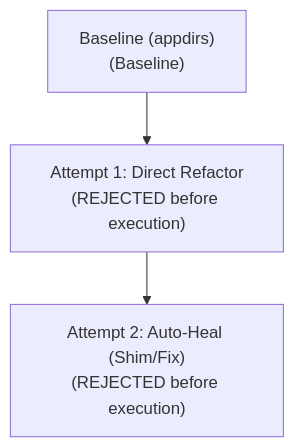
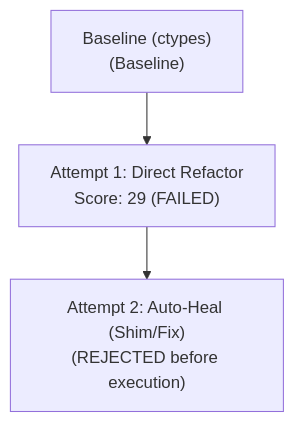
Before and after one commit to Aarya-2601/H26_Heckers_Kavach: the diagram in CAPSULE.md, drawn with Mermaid. The commit also changed other lines of this file and 10 other files, not shown here.

````diff
--- a/CAPSULE.md
+++ b/CAPSULE.md
@@ -16,10 +16,10 @@
 ```mermaid
 graph TD
-    node_0["Baseline (appdirs)<br/>(Baseline)"]
-    node_1["Attempt 1: Direct Refactor<br/>(REJECTED before execution)"]
+    node_0["Baseline (ctypes)<br/>(Baseline)"]
+    node_1["Attempt 1: Direct Refactor<br/>Score: 29 (FAILED)"]
     node_0 --> node_1
     node_2["Attempt 2: Auto-Heal (Shim/Fix)<br/>(REJECTED before execution)"]
     node_1 --> node_2
     classDef passed fill:#2ea44f,stroke:#22863a,color:#fff;
     classDef failed fill:#cb2431,stroke:#b31d28,color:#fff;
 ```
````
